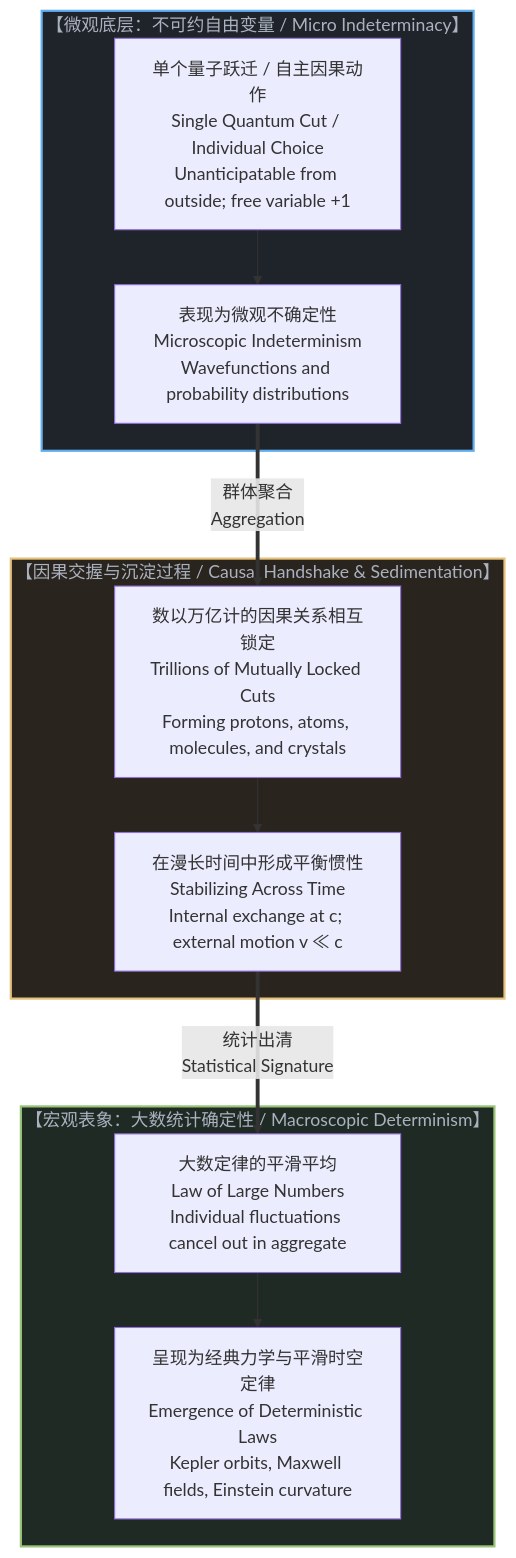
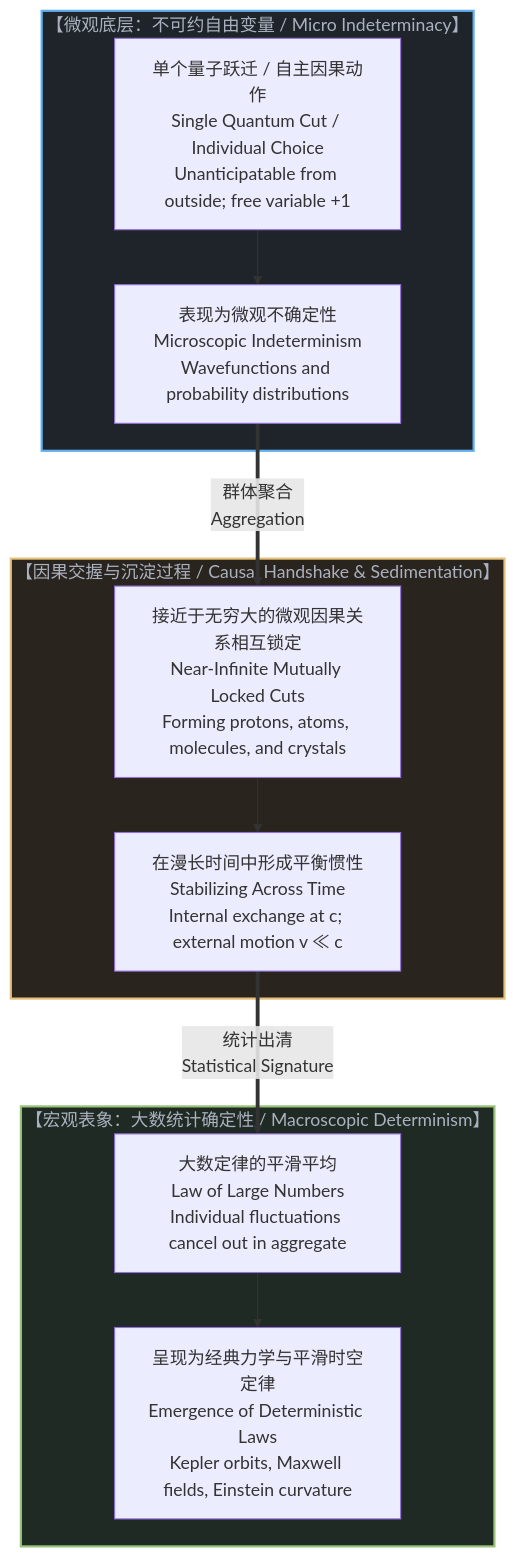
One commit to powerpig99/not-a-toe changed the fifth of 7 diagrams in content/posts/when-electrons-think.md. Above: the diagram before and after it, drawn with Mermaid. The commit also changed other lines of this file and 7 other files, not shown here.

Commit message:
Calibrate scale of micro free variables to near-infinite in Posts 300 & 301

````diff
--- a/content/posts/when-electrons-think.md
+++ b/content/posts/when-electrons-think.md
@@ -213,27 +213,27 @@
 ```mermaid
 graph TD
     subgraph MicroLevel["【微观底层：不可约自由变量 / Micro Indeterminacy】"]
         IndividualCut["单个量子跃迁 / 自主因果动作<br>Single Quantum Cut / Individual Choice<br>Unanticipatable from outside; free variable +1"]
         IndeterminacySign["表现为微观不确定性<br>Microscopic Indeterminism<br>Wavefunctions and probability distributions"]
         IndividualCut --> IndeterminacySign
     end
 
     subgraph StabilizationProcess["【因果交握与沉淀过程 / Causal Handshake & Sedimentation】"]
-        MutualLocking["数以万亿计的因果关系相互锁定<br>Trillions of Mutually Locked Cuts<br>Forming protons, atoms, molecules, and crystals"]
+        MutualLocking["接近于无穷大的微观因果关系相互锁定<br>Near-Infinite Mutually Locked Cuts<br>Forming protons, atoms, molecules, and crystals"]
         LongTimeScales["在漫长时间中形成平衡惯性<br>Stabilizing Across Time<br>Internal exchange at c; external motion v ≪ c"]
         MutualLocking --> LongTimeScales
     end
 
     subgraph MacroLevel["【宏观表象：大数统计确定性 / Macroscopic Determinism】"]
         LawOfLargeNumbers["大数定律的平滑平均<br>Law of Large Numbers<br>Individual fluctuations cancel out in aggregate"]
         DeterministicLaws["呈现为经典力学与平滑时空定律<br>Emergence of Deterministic Laws<br>Kepler orbits, Maxwell fields, Einstein curvature"]
         LawOfLargeNumbers --> DeterministicLaws
     end
 
     IndeterminacySign ==>|"群体聚合<br>Aggregation"| MutualLocking
     LongTimeScales ==>|"统计出清<br>Statistical Signature"| LawOfLargeNumbers
 
     style MicroLevel fill:#1f242a,stroke:#61afef,stroke-width:2px,color:#abb2bf
     style StabilizationProcess fill:#2a241f,stroke:#e5c07b,stroke-width:2px,color:#abb2bf
     style MacroLevel fill:#1f2a24,stroke:#98c379,stroke-width:2px,color:#abb2bf
 ```
````
